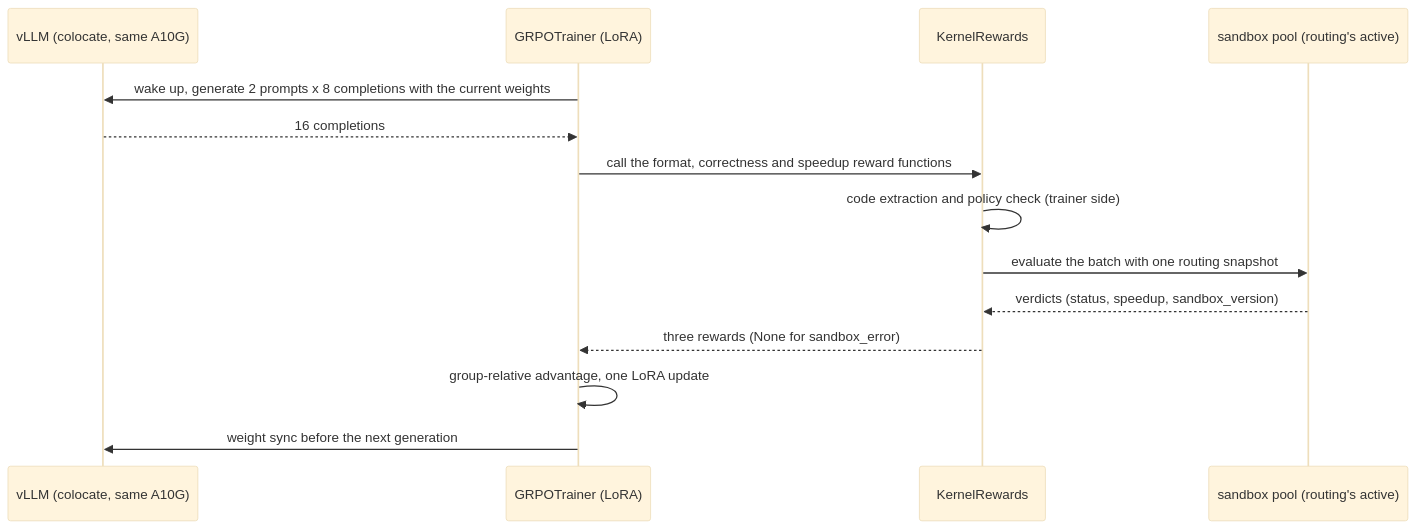
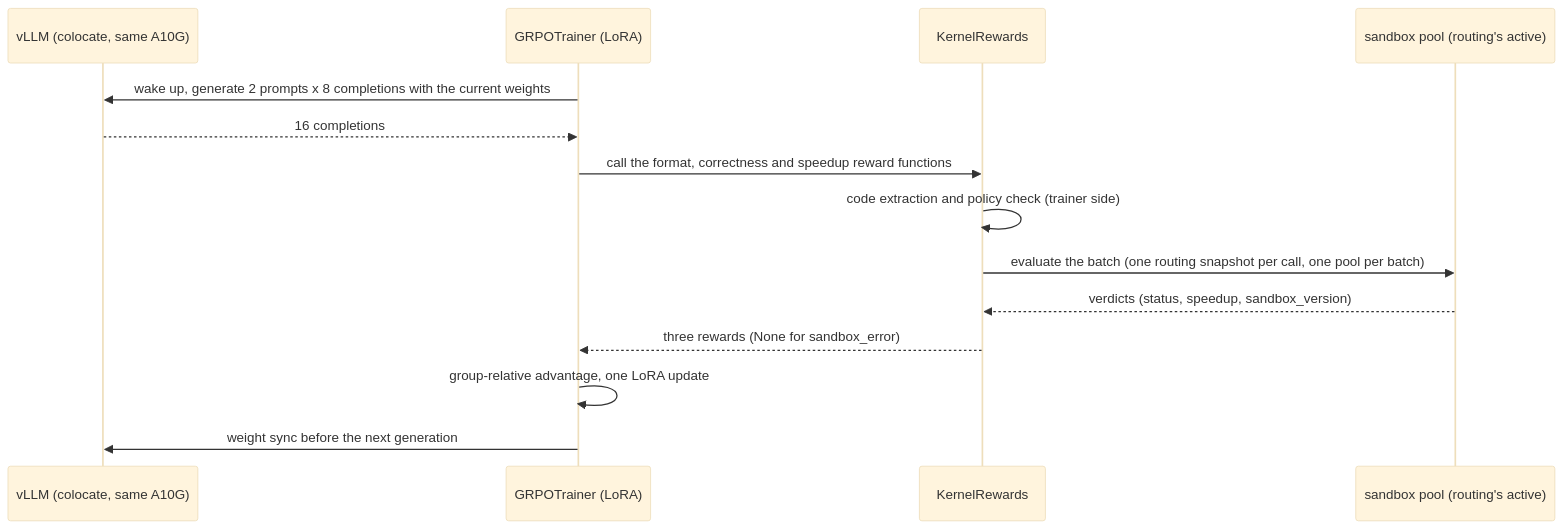
The diagram in docs/handson/05_grpo_training.en.md (daekeun-ml/gpu-sandbox-on-aws), drawn with Mermaid (base theme) before and after one commit. The commit also changed other lines of this file and 171 other files, not shown here.

````diff
--- a/docs/handson/05_grpo_training.en.md
+++ b/docs/handson/05_grpo_training.en.md
@@ -149,16 +149,16 @@
 ```mermaid
 sequenceDiagram
     participant V as vLLM (colocate, same A10G)
     participant T as GRPOTrainer (LoRA)
     participant R as KernelRewards
     participant S as sandbox pool (routing's active)
     T->>V: wake up, generate 2 prompts x 8 completions with the current weights
     V-->>T: 16 completions
     T->>R: call the format, correctness and speedup reward functions
     R->>R: code extraction and policy check (trainer side)
-    R->>S: evaluate the batch with one routing snapshot
+    R->>S: evaluate the batch (one routing snapshot per call, one pool per batch)
     S-->>R: verdicts (status, speedup, sandbox_version)
     R-->>T: three rewards (None for sandbox_error)
     T->>T: group-relative advantage, one LoRA update
     T->>V: weight sync before the next generation
 ```
````
